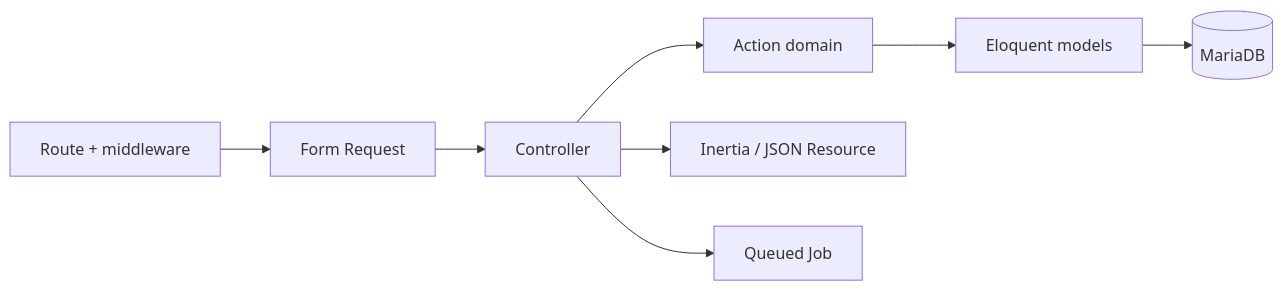
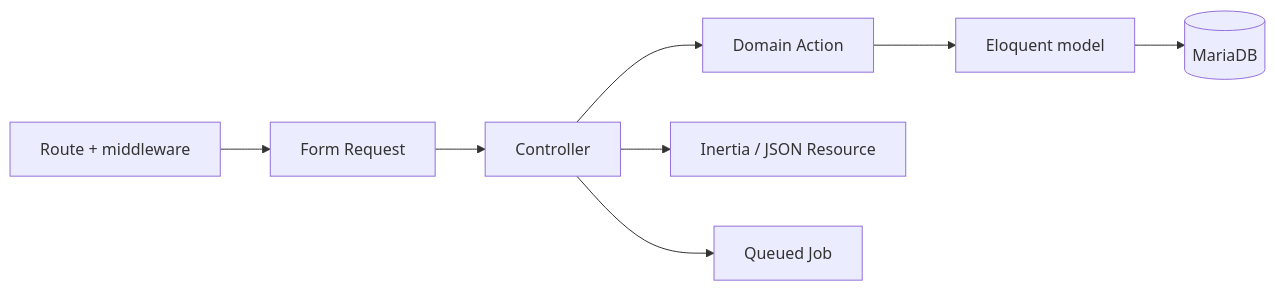
Before and after one commit to khairuonwork/sikompen_ae: the diagram in docs/backend-explained.md, drawn with Mermaid. The commit also changed other lines of this file and 15 other files, not shown here.

````diff
--- a/docs/backend-explained.md
+++ b/docs/backend-explained.md
@@ -7,10 +7,10 @@
 ```mermaid
 flowchart LR
-    R[Route + middleware] --> V[Form Request]
-    V --> C[Controller]
-    C --> A[Action domain]
-    A --> M[Eloquent models]
+    R[Route + middleware] --> Q[Form Request]
+    Q --> C[Controller]
+    C --> A[Domain Action]
+    A --> M[Eloquent model]
     M --> DB[(MariaDB)]
     C --> I[Inertia / JSON Resource]
-    C --> Q[Queued Job]
+    C --> J[Queued Job]
 ```
````
